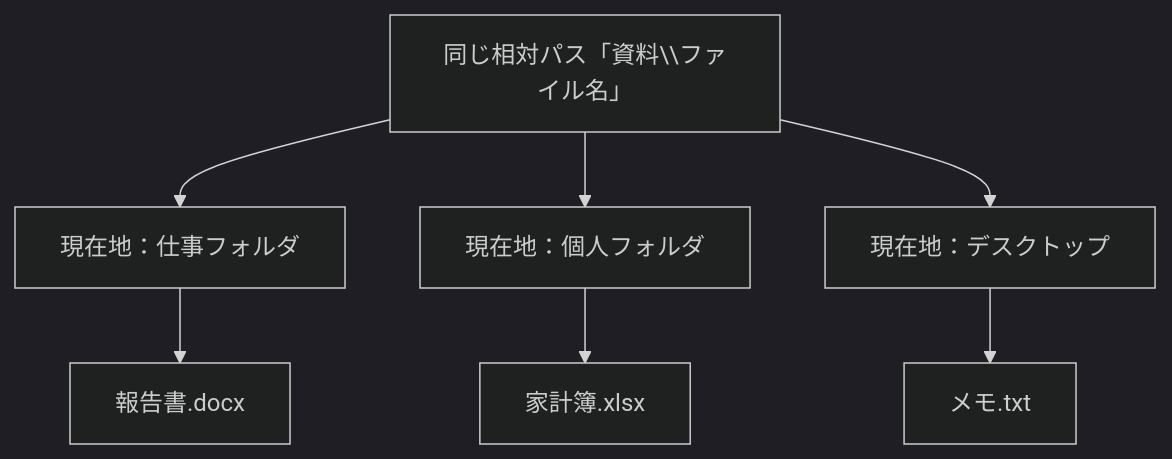
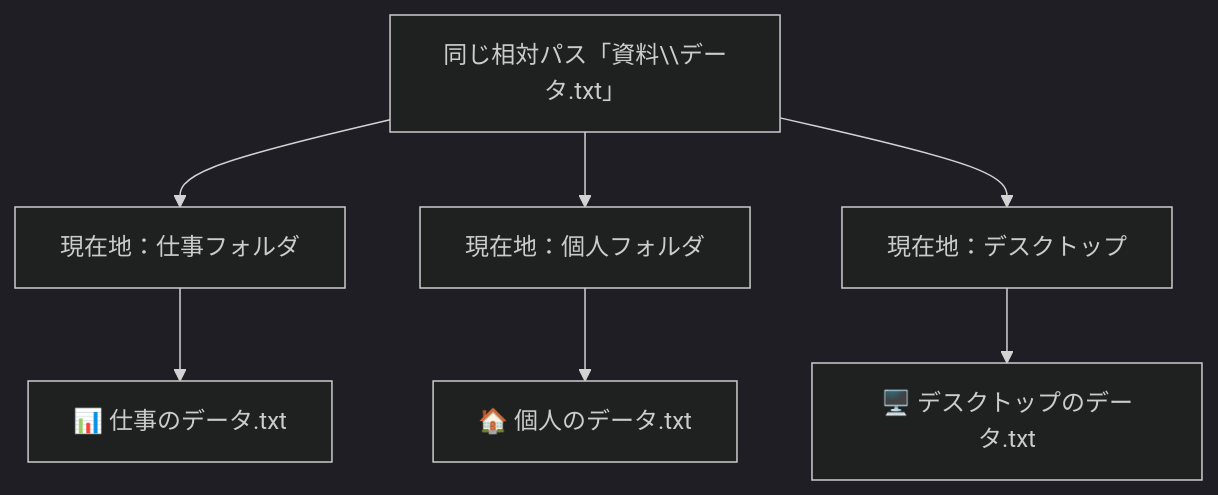
Before and after one commit to Monzi-takuya/web-fundamentals-for-non-engineers: the second of 3 diagrams in docs/01_コンピューター基礎知識/04_推奨_パスって何？どこにいるかを知る方法.md, drawn with Mermaid (dark theme). The commit also changed other lines of this file and 11 other files, not shown here.

````diff
--- a/docs/01_コンピューター基礎知識/04_推奨_パスって何？どこにいるかを知る方法.md
+++ b/docs/01_コンピューター基礎知識/04_推奨_パスって何？どこにいるかを知る方法.md
@@ -122,10 +127,10 @@
 ```mermaid
 flowchart TD
-    A["同じ相対パス「資料\\ファイル名」"] --> B["現在地：仕事フォルダ"]
+    A["同じ相対パス「資料\\データ.txt」"] --> B["現在地：仕事フォルダ"]
     A --> C["現在地：個人フォルダ"]
     A --> D["現在地：デスクトップ"]
     
-    B --> E["報告書.docx"]
-    C --> F["家計簿.xlsx"]
-    D --> G["メモ.txt"]
+    B --> E["📊 仕事のデータ.txt"]
+    C --> F["🏠 個人のデータ.txt"]
+    D --> G["🖥️ デスクトップのデータ.txt"]
 ```
````
